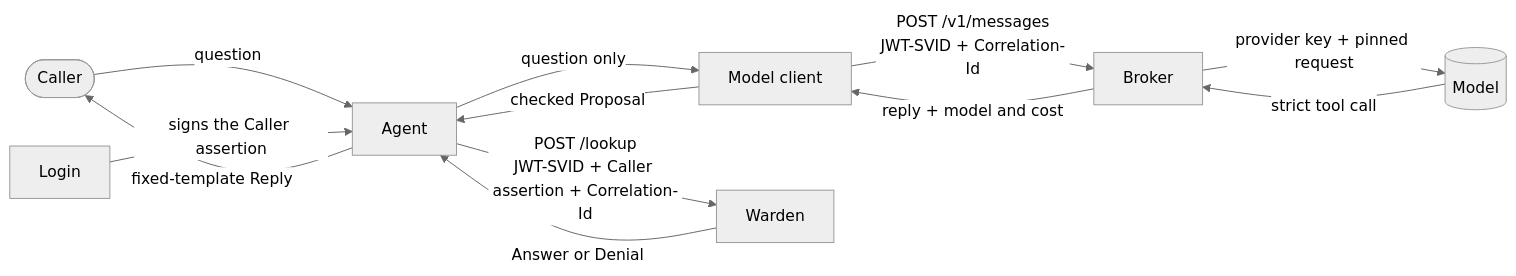
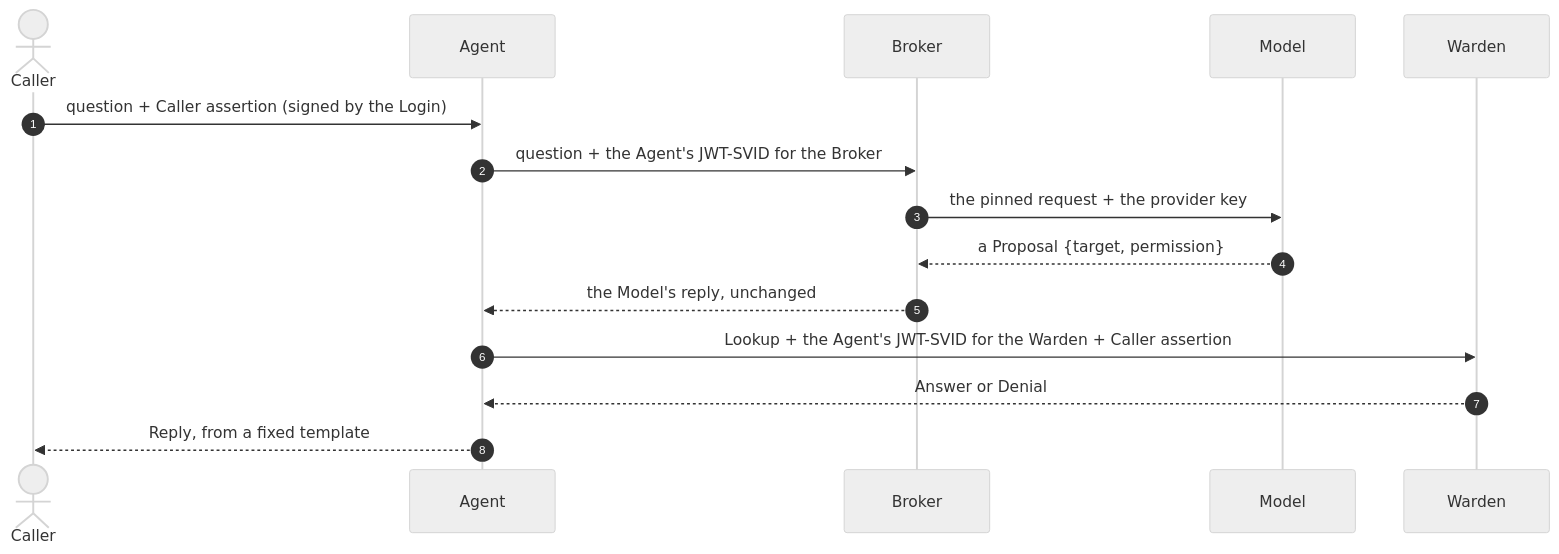
One commit to travism26/harness-lab changed the diagram in projects/agent-identity/README.md. Above: the diagram before and after it, drawn with Mermaid (neutral theme). The commit also changed other lines of this file, not shown here.

Commit message:
agent-identity: README shows one question's path as a sequence diagram
Replaces the flowchart with a numbered Caller → Agent → Broker → Model →
Warden → Caller sequence and a step list, and says the tour writes three
Audit logs.

````diff
--- a/projects/agent-identity/README.md
+++ b/projects/agent-identity/README.md
@@ -34,14 +36,18 @@
 ```mermaid
-flowchart LR
-    Caller([Caller]) -->|question| Agent
-    Login[Login] -->|signs the Caller assertion| Agent
-    Agent -->|question only| MC[Model client]
-    MC -->|"POST /v1/messages<br/>JWT-SVID + Correlation-Id"| Broker
-    Broker -->|"provider key + pinned request"| Model[(Model)]
-    Model -->|strict tool call| Broker
-    Broker -->|reply + model and cost| MC
-    MC -->|checked Proposal| Agent
-    Agent -->|"POST /lookup<br/>JWT-SVID + Caller assertion + Correlation-Id"| Warden
-    Warden -->|Answer or Denial| Agent
-    Agent -->|fixed-template Reply| Caller
+sequenceDiagram
+    autonumber
+    actor Caller
+    participant Agent
+    participant Broker
+    participant Model
+    participant Warden
+
+    Caller->>Agent: question + Caller assertion (signed by the Login)
+    Agent->>Broker: question + the Agent's JWT-SVID for the Broker
+    Broker->>Model: the pinned request + the provider key
+    Model-->>Broker: a Proposal {target, permission}
+    Broker-->>Agent: the Model's reply, unchanged
+    Agent->>Warden: Lookup + the Agent's JWT-SVID for the Warden + Caller assertion
+    Warden-->>Agent: Answer or Denial
+    Agent-->>Caller: Reply, from a fixed template
 ```
````
